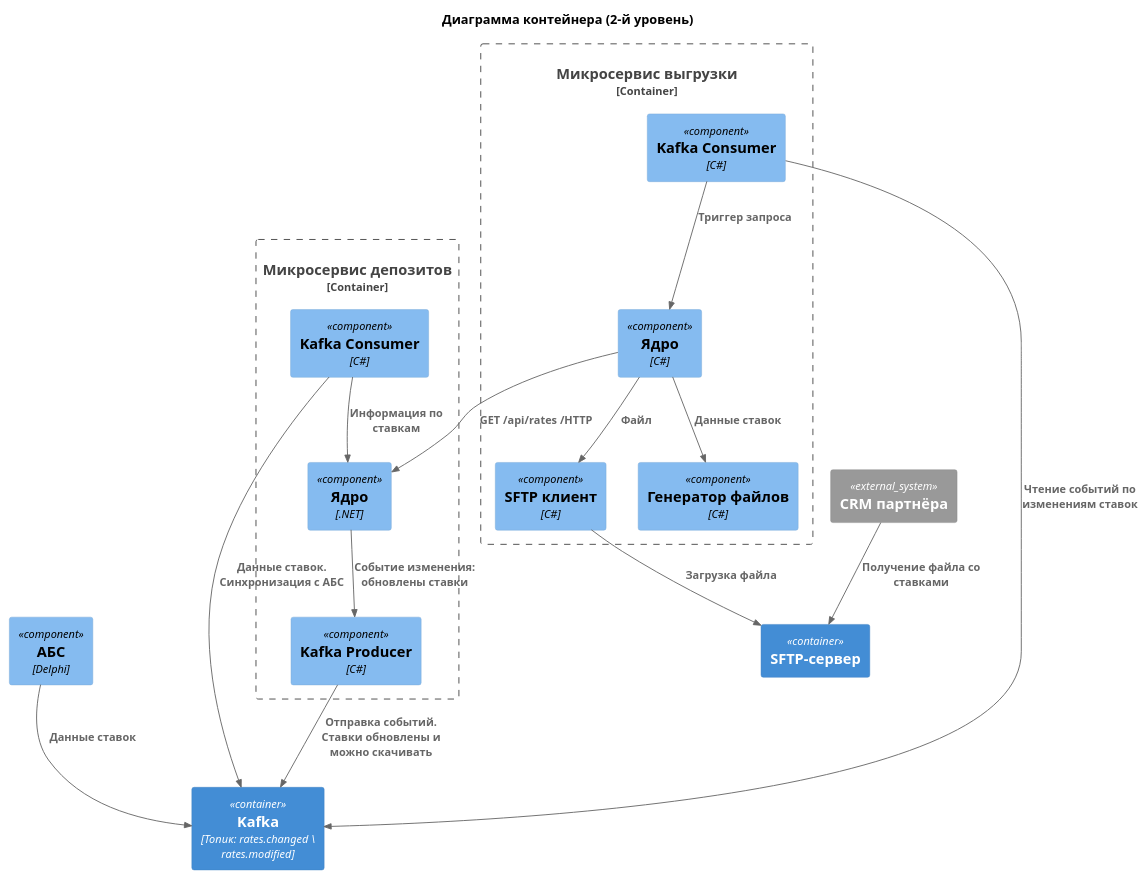
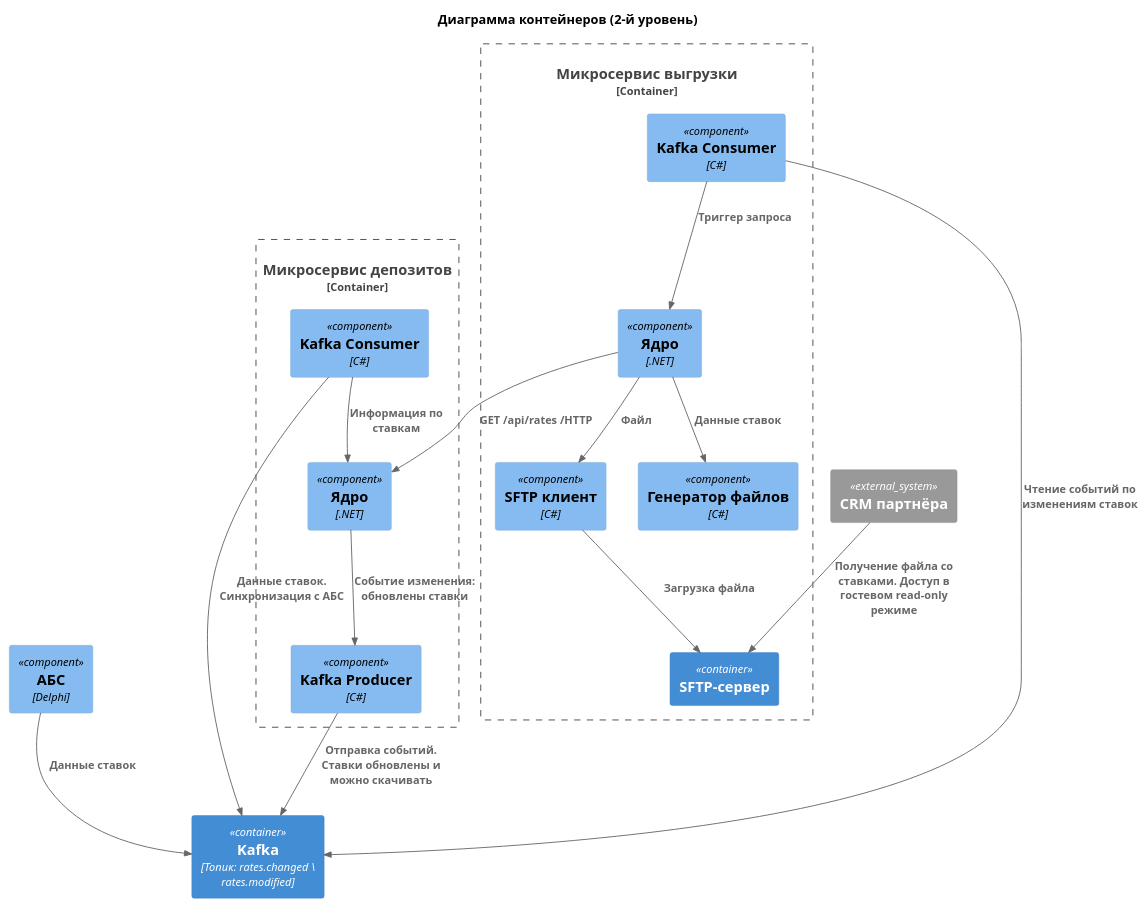
Before and after one commit to bofeof/architecture-standart: the diagram in task4/container.puml, drawn with PlantUML. The commit also changed 2 other files, not shown here.

Commit message:
fix: sftp description

```diff
--- a/task4/container.puml
+++ b/task4/container.puml
@@ -1,42 +1,42 @@
 @startuml
 
 !include <C4/C4_Component>
 
-title Диаграмма контейнера (2-й уровень)
+title Диаграмма контейнеров (2-й уровень)
 
 Component(abs, "АБС", "Delphi")
 System_Ext(partnerCrm, "CRM партнёра")
 
 Container_Boundary(deposit, "Микросервис депозитов") {
     Component(kafkaConsumerDeposit, "Kafka Consumer", "C#")
     Component(kafkaProducer, "Kafka Producer", "C#")
     Component(core, "Ядро", ".NET")
 
     Rel(kafkaConsumerDeposit, core, "Информация по ставкам")
     Rel(core, kafkaProducer, "Событие изменения: обновлены ставки")
 }
 
 Container_Boundary(export_svc, "Микросервис выгрузки") {
     Component(sftpUploader, "SFTP клиент", "C#")
     Component(kafkaConsumer, "Kafka Consumer", "C#")
-    Component(rate_fetcher, "Ядро", "C#")
+    Component(rate_fetcher, "Ядро", ".NET")
     Component(file_generator, "Генератор файлов", "C#")
-
+    Container(sftp, "SFTP-сервер")
 
     Rel(kafkaConsumer, rate_fetcher, "Триггер запроса")
     Rel(rate_fetcher, core, "GET /api/rates /HTTP")
     Rel(rate_fetcher, file_generator, "Данные ставок")
     Rel(rate_fetcher, sftpUploader, "Файл")
 }
 
 
 Container(kafka, "Kafka", "Топик: rates.changed \ rates.modified")
-Container(sftp, "SFTP-сервер")
+
 
 Rel(kafkaConsumerDeposit, kafka,  "Данные ставок. Cинхронизация с АБС")
 Rel(abs, kafka, "Данные ставок")
 Rel(kafkaProducer, kafka, "Отправка событий. Ставки обновлены и можно скачивать")
 Rel(kafkaConsumer, kafka, "Чтение событий по изменениям ставок")
 Rel(sftpUploader, sftp, "Загрузка файла")
-Rel(partnerCrm, sftp, "Получение файла со ставками")
+Rel(partnerCrm, sftp, "Получение файла со ставками. Доступ в гостевом read-only режиме")
 @enduml
```
